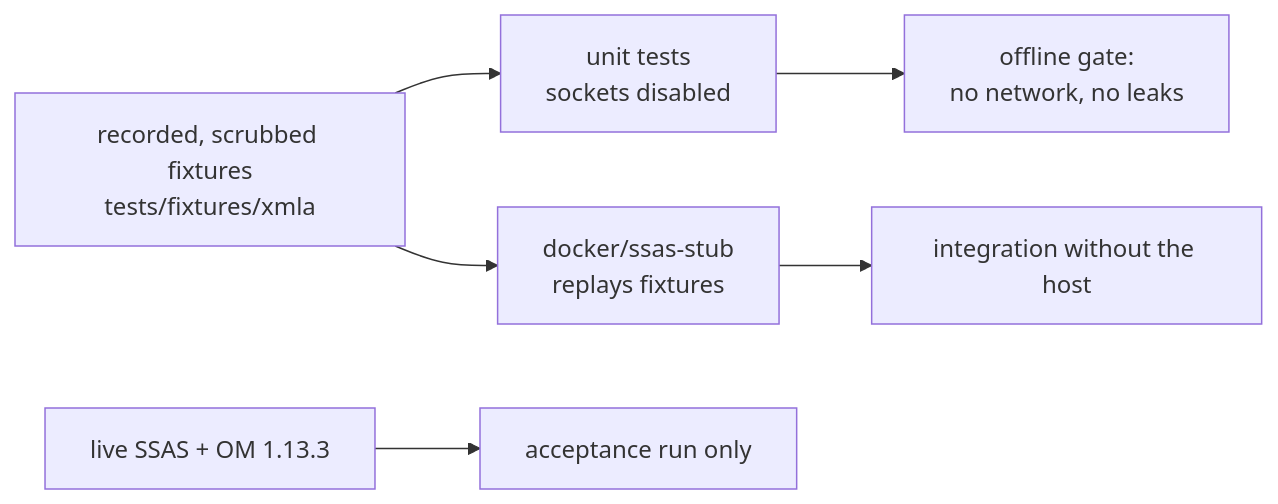
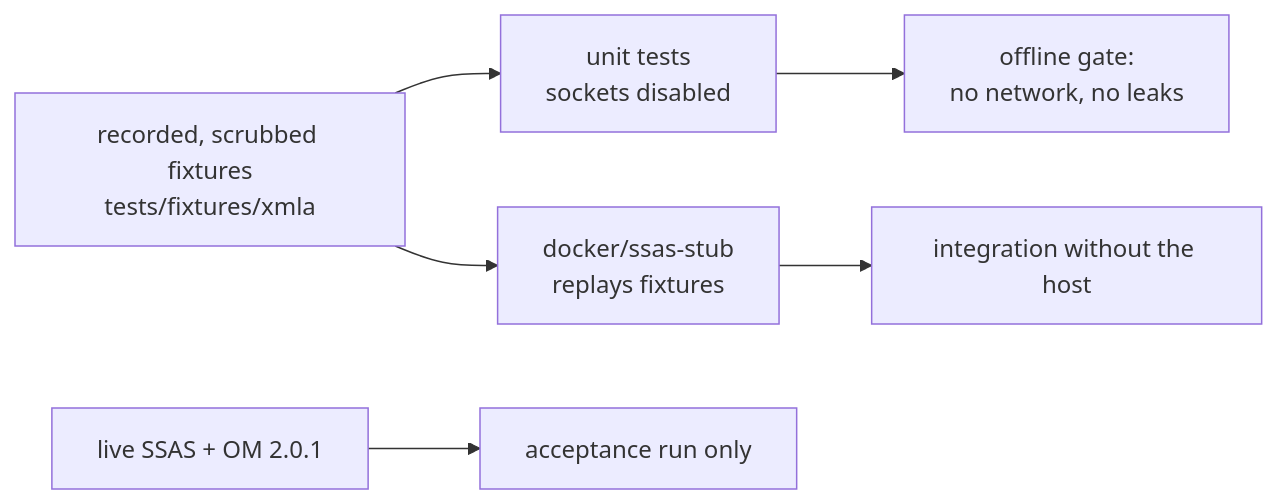
Before and after one commit to oluies/ssas-openmetadata-connector: the sixth of 6 diagrams in ARCHITECTURE.md, drawn with Mermaid. The commit also changed other lines of this file and 16 other files, not shown here.

````diff
--- a/ARCHITECTURE.md
+++ b/ARCHITECTURE.md
@@ -148,8 +160,8 @@
 ```mermaid
 flowchart LR
     fixtures["recorded, scrubbed fixtures\ntests/fixtures/xmla"] --> unit["unit tests\nsockets disabled"]
     fixtures --> stub["docker/ssas-stub\nreplays fixtures"]
     unit --> gate["offline gate:\nno network, no leaks"]
     stub --> integ["integration without the host"]
-    live["live SSAS + OM 1.13.3"] --> accept["acceptance run only"]
+    live["live SSAS + OM 2.0.1"] --> accept["acceptance run only"]
 ```
````
